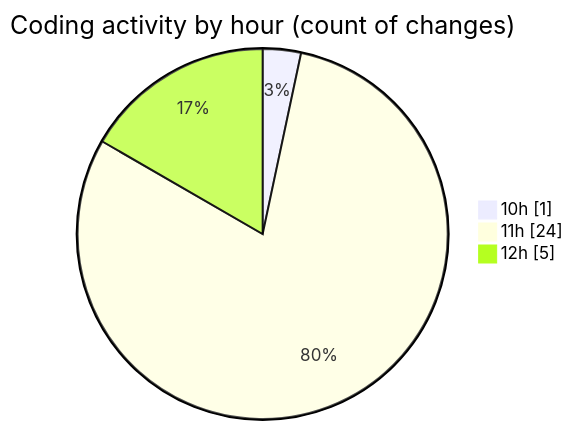
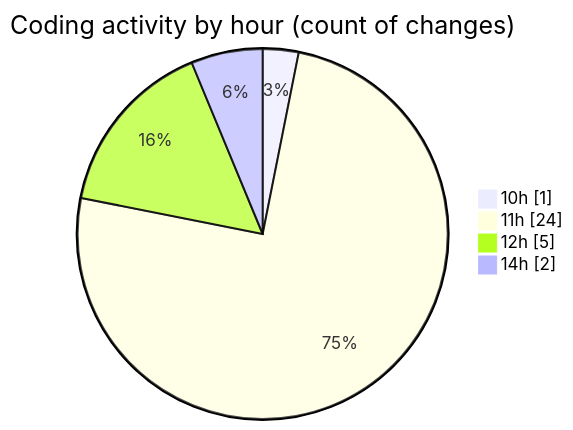
One commit to debugP/code-tracking changed the second of 2 diagrams in 2025-10-03/untitled__workspace_/README.md. Above: the diagram before and after it, drawn with Mermaid. The commit also changed other lines of this file and 1 other file, not shown here.

````diff
--- a/2025-10-03/untitled__workspace_/README.md
+++ b/2025-10-03/untitled__workspace_/README.md
@@ -29,7 +29,8 @@
 ```mermaid
 pie showData
 title Coding activity by hour (count of changes)
 "10h" : 1
 "11h" : 24
 "12h" : 5
+"14h" : 2
 ```
````
